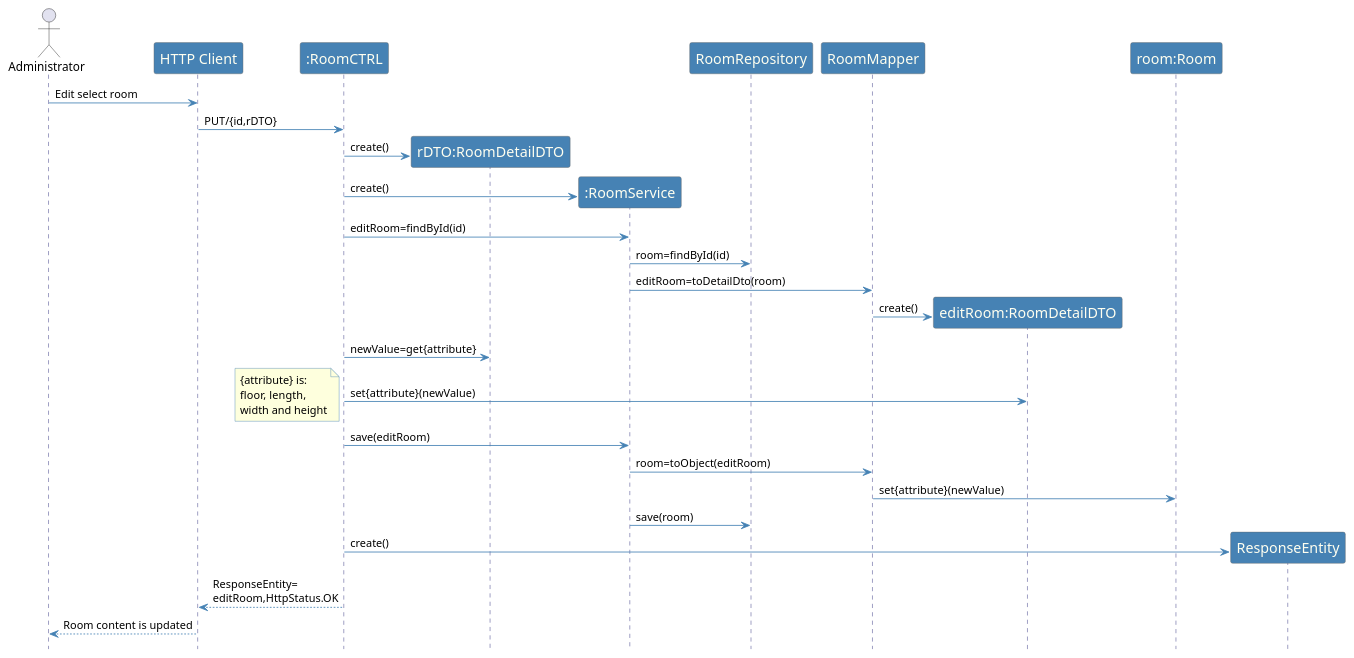
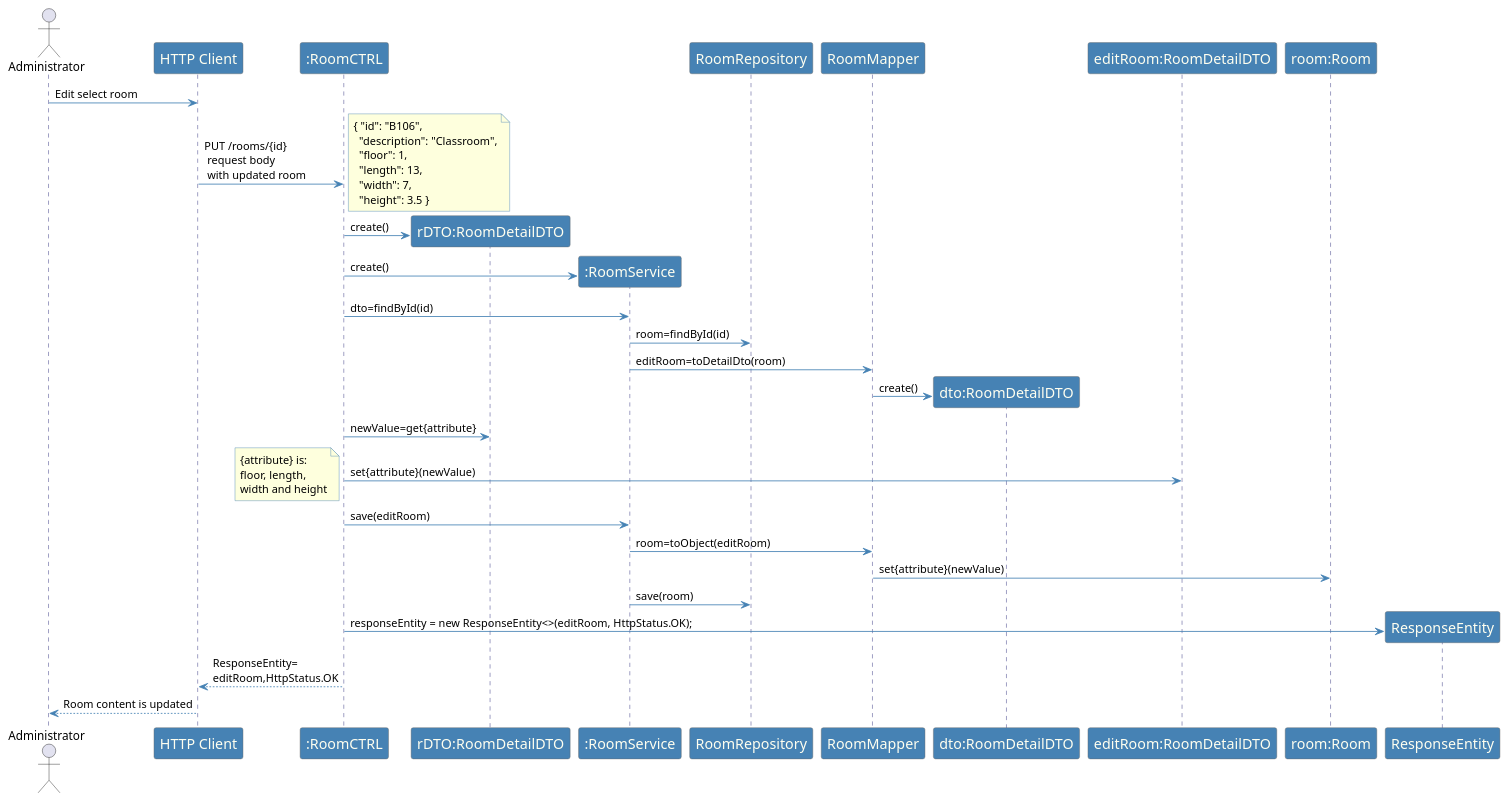
One commit to emanuel-pereira/hou changed the diagram in src/main/java/smarthome/controller/rest/sequenceDiagrams/sd_EditRoomWithUi.puml. Above: the diagram before and after it, drawn with PlantUML.

Commit message:
Fixes #249, sequence diagram update

```diff
--- a/src/main/java/smarthome/controller/rest/sequenceDiagrams/sd_EditRoomWithUi.puml
+++ b/src/main/java/smarthome/controller/rest/sequenceDiagrams/sd_EditRoomWithUi.puml
@@ -1,58 +1,66 @@
 @startuml
-hidefootbox
+
 
 actor Administrator
 
 skinparam sequence {
 	ArrowColor SteelBlue
 	ActorBorderColor Dimgray
 	LifeLineBorderColor MidnightBlue
 	LifeLineBackgroundColor #A9DCDF
 
 	ParticipantBorderColor Dimgray
 	ParticipantBackgroundColor SteelBlue
 	ParticipantFontName Calibri Bold
 	ParticipantFontSize 17
 	ParticipantFontColor Ivory
 
 	ActorBackgroundColor SteelBlue
 	ActorFontColor MidnightBlue
 	ActorFontSize 17
 	ActorFontName Aapex
 }
 
 skinparam note {
 BorderColor SteelBlue
 }
 
 Administrator -> "HTTP Client": Edit select room
-"HTTP Client" -> ":RoomCTRL":  PUT/{id,rDTO}
+"HTTP Client" -> ":RoomCTRL":  PUT /rooms/{id}\n request body \n with updated room
+note right
+{ "id": "B106",
+  "description": "Classroom",
+  "floor": 1,
+  "length": 13,
+  "width": 7,
+  "height": 3.5 }
+end note
 create "rDTO:RoomDetailDTO"
 ":RoomCTRL" -> "rDTO:RoomDetailDTO": create()
 create ":RoomService"
 ":RoomCTRL" -> ":RoomService": create()
-":RoomCTRL" -> ":RoomService": editRoom=findById(id)
+":RoomCTRL" -> ":RoomService": dto=findById(id)
 ":RoomService" -> RoomRepository: room=findById(id)
 ":RoomService" -> RoomMapper: editRoom=toDetailDto(room)
-create "editRoom:RoomDetailDTO"
-RoomMapper -> "editRoom:RoomDetailDTO": create()
+create "dto:RoomDetailDTO"
+RoomMapper -> "dto:RoomDetailDTO": create()
 ":RoomCTRL" -> "rDTO:RoomDetailDTO": newValue=get{attribute}
 ":RoomCTRL"  -> "editRoom:RoomDetailDTO": set{attribute}(newValue)
 
 note left
 {attribute} is:
 floor, length,
 width and height
     end note
 ":RoomCTRL" -> ":RoomService": save(editRoom)
 ":RoomService" -> RoomMapper: room=toObject(editRoom)
 RoomMapper -> "room:Room": set{attribute}(newValue)
 
 ":RoomService" -> RoomRepository: save(room)
 create ResponseEntity
-":RoomCTRL" -> ResponseEntity: create()
+":RoomCTRL" -> ResponseEntity: responseEntity = new ResponseEntity<>(editRoom, HttpStatus.OK);
 
 "HTTP Client" <-- ":RoomCTRL": ResponseEntity=\neditRoom,HttpStatus.OK
 Administrator <-- "HTTP Client": Room content is updated
 
 @enduml
```
